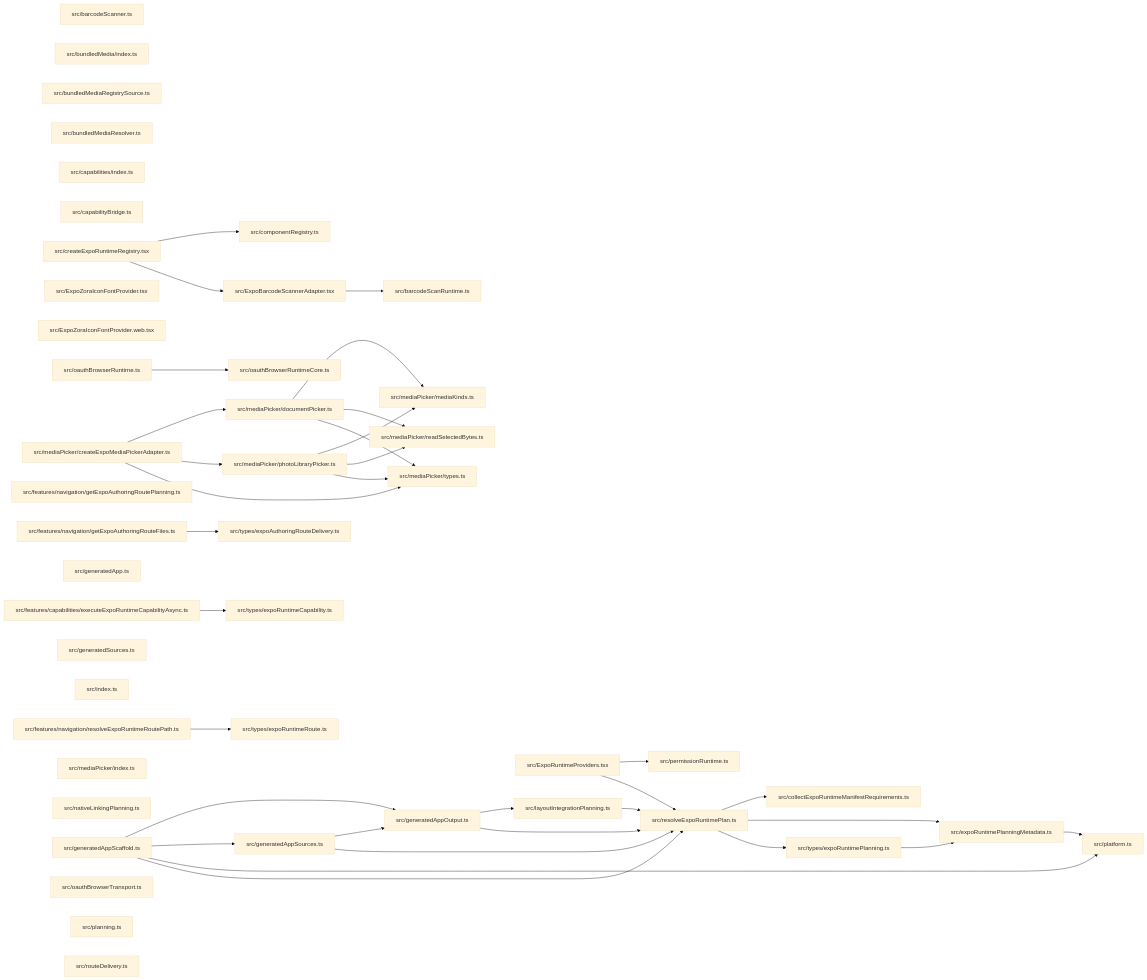
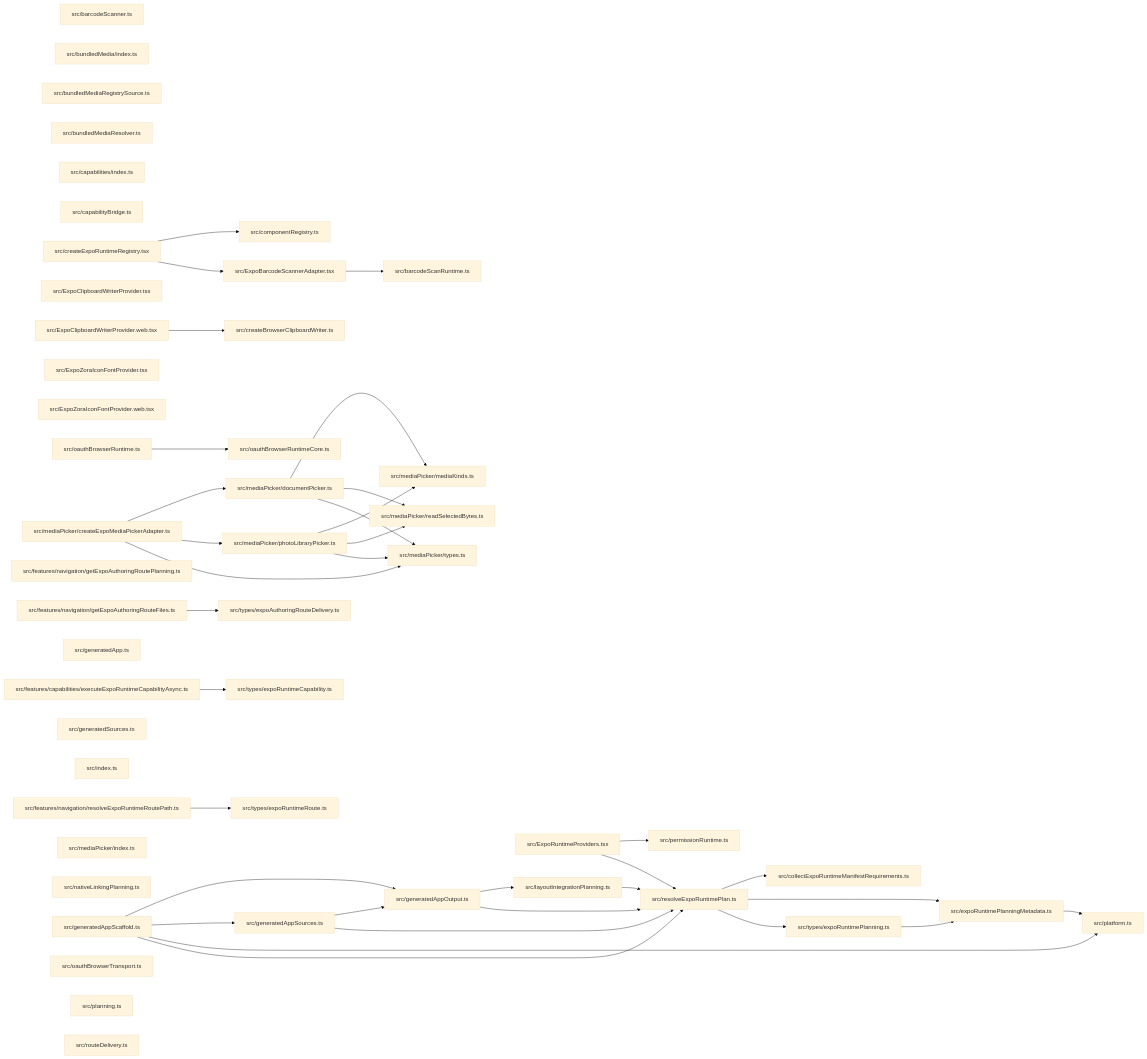
The diagram in paradox/diagrams/module-relationships.mmd (ankhorage/expo-runtime), drawn with Mermaid (base theme) before and after one commit. The commit also changed 13 other files, not shown here.

```diff
--- a/paradox/diagrams/module-relationships.mmd
+++ b/paradox/diagrams/module-relationships.mmd
@@ -1,79 +1,83 @@
 graph LR
   module_src_barcodeScanner_ts["src/barcodeScanner.ts"]
   module_src_barcodeScanRuntime_ts["src/barcodeScanRuntime.ts"]
   module_src_bundledMedia_index_ts["src/bundledMedia/index.ts"]
   module_src_bundledMediaRegistrySource_ts["src/bundledMediaRegistrySource.ts"]
   module_src_bundledMediaResolver_ts["src/bundledMediaResolver.ts"]
   module_src_capabilities_index_ts["src/capabilities/index.ts"]
   module_src_capabilityBridge_ts["src/capabilityBridge.ts"]
   module_src_collectExpoRuntimeManifestRequirements_ts["src/collectExpoRuntimeManifestRequirements.ts"]
   module_src_componentRegistry_ts["src/componentRegistry.ts"]
+  module_src_createBrowserClipboardWriter_ts["src/createBrowserClipboardWriter.ts"]
   module_src_createExpoRuntimeRegistry_tsx["src/createExpoRuntimeRegistry.tsx"]
   module_src_ExpoBarcodeScannerAdapter_tsx["src/ExpoBarcodeScannerAdapter.tsx"]
+  module_src_ExpoClipboardWriterProvider_tsx["src/ExpoClipboardWriterProvider.tsx"]
+  module_src_ExpoClipboardWriterProvider_web_tsx["src/ExpoClipboardWriterProvider.web.tsx"]
   module_src_expoRuntimePlanningMetadata_ts["src/expoRuntimePlanningMetadata.ts"]
   module_src_ExpoRuntimeProviders_tsx["src/ExpoRuntimeProviders.tsx"]
   module_src_ExpoZoraIconFontProvider_tsx["src/ExpoZoraIconFontProvider.tsx"]
   module_src_ExpoZoraIconFontProvider_web_tsx["src/ExpoZoraIconFontProvider.web.tsx"]
   module_src_features_capabilities_executeExpoRuntimeCapabilityAsync_ts["src/features/capabilities/executeExpoRuntimeCapabilityAsync.ts"]
   module_src_features_navigation_getExpoAuthoringRouteFiles_ts["src/features/navigation/getExpoAuthoringRouteFiles.ts"]
   module_src_features_navigation_getExpoAuthoringRoutePlanning_ts["src/features/navigation/getExpoAuthoringRoutePlanning.ts"]
   module_src_features_navigation_resolveExpoRuntimeRoutePath_ts["src/features/navigation/resolveExpoRuntimeRoutePath.ts"]
   module_src_generatedApp_ts["src/generatedApp.ts"]
   module_src_generatedAppOutput_ts["src/generatedAppOutput.ts"]
   module_src_generatedAppScaffold_ts["src/generatedAppScaffold.ts"]
   module_src_generatedAppSources_ts["src/generatedAppSources.ts"]
   module_src_generatedSources_ts["src/generatedSources.ts"]
   module_src_index_ts["src/index.ts"]
   module_src_layoutIntegrationPlanning_ts["src/layoutIntegrationPlanning.ts"]
   module_src_mediaPicker_createExpoMediaPickerAdapter_ts["src/mediaPicker/createExpoMediaPickerAdapter.ts"]
   module_src_mediaPicker_documentPicker_ts["src/mediaPicker/documentPicker.ts"]
   module_src_mediaPicker_index_ts["src/mediaPicker/index.ts"]
   module_src_mediaPicker_mediaKinds_ts["src/mediaPicker/mediaKinds.ts"]
   module_src_mediaPicker_photoLibraryPicker_ts["src/mediaPicker/photoLibraryPicker.ts"]
   module_src_mediaPicker_readSelectedBytes_ts["src/mediaPicker/readSelectedBytes.ts"]
   module_src_mediaPicker_types_ts["src/mediaPicker/types.ts"]
   module_src_nativeLinkingPlanning_ts["src/nativeLinkingPlanning.ts"]
   module_src_oauthBrowserRuntime_ts["src/oauthBrowserRuntime.ts"]
   module_src_oauthBrowserRuntimeCore_ts["src/oauthBrowserRuntimeCore.ts"]
   module_src_oauthBrowserTransport_ts["src/oauthBrowserTransport.ts"]
   module_src_permissionRuntime_ts["src/permissionRuntime.ts"]
   module_src_planning_ts["src/planning.ts"]
   module_src_platform_ts["src/platform.ts"]
   module_src_resolveExpoRuntimePlan_ts["src/resolveExpoRuntimePlan.ts"]
   module_src_routeDelivery_ts["src/routeDelivery.ts"]
   module_src_types_expoAuthoringRouteDelivery_ts["src/types/expoAuthoringRouteDelivery.ts"]
   module_src_types_expoRuntimeCapability_ts["src/types/expoRuntimeCapability.ts"]
   module_src_types_expoRuntimePlanning_ts["src/types/expoRuntimePlanning.ts"]
   module_src_types_expoRuntimeRoute_ts["src/types/expoRuntimeRoute.ts"]
   module_src_createExpoRuntimeRegistry_tsx --> module_src_componentRegistry_ts
   module_src_createExpoRuntimeRegistry_tsx --> module_src_ExpoBarcodeScannerAdapter_tsx
   module_src_ExpoBarcodeScannerAdapter_tsx --> module_src_barcodeScanRuntime_ts
+  module_src_ExpoClipboardWriterProvider_web_tsx --> module_src_createBrowserClipboardWriter_ts
   module_src_expoRuntimePlanningMetadata_ts --> module_src_platform_ts
   module_src_ExpoRuntimeProviders_tsx --> module_src_permissionRuntime_ts
   module_src_ExpoRuntimeProviders_tsx --> module_src_resolveExpoRuntimePlan_ts
   module_src_features_capabilities_executeExpoRuntimeCapabilityAsync_ts --> module_src_types_expoRuntimeCapability_ts
   module_src_features_navigation_getExpoAuthoringRouteFiles_ts --> module_src_types_expoAuthoringRouteDelivery_ts
   module_src_features_navigation_resolveExpoRuntimeRoutePath_ts --> module_src_types_expoRuntimeRoute_ts
   module_src_generatedAppOutput_ts --> module_src_layoutIntegrationPlanning_ts
   module_src_generatedAppOutput_ts --> module_src_resolveExpoRuntimePlan_ts
   module_src_generatedAppScaffold_ts --> module_src_generatedAppOutput_ts
   module_src_generatedAppScaffold_ts --> module_src_generatedAppSources_ts
   module_src_generatedAppScaffold_ts --> module_src_platform_ts
   module_src_generatedAppScaffold_ts --> module_src_resolveExpoRuntimePlan_ts
   module_src_generatedAppSources_ts --> module_src_generatedAppOutput_ts
   module_src_generatedAppSources_ts --> module_src_resolveExpoRuntimePlan_ts
   module_src_layoutIntegrationPlanning_ts --> module_src_resolveExpoRuntimePlan_ts
   module_src_mediaPicker_createExpoMediaPickerAdapter_ts --> module_src_mediaPicker_documentPicker_ts
   module_src_mediaPicker_createExpoMediaPickerAdapter_ts --> module_src_mediaPicker_photoLibraryPicker_ts
   module_src_mediaPicker_createExpoMediaPickerAdapter_ts --> module_src_mediaPicker_types_ts
   module_src_mediaPicker_documentPicker_ts --> module_src_mediaPicker_mediaKinds_ts
   module_src_mediaPicker_documentPicker_ts --> module_src_mediaPicker_readSelectedBytes_ts
   module_src_mediaPicker_documentPicker_ts --> module_src_mediaPicker_types_ts
   module_src_mediaPicker_photoLibraryPicker_ts --> module_src_mediaPicker_mediaKinds_ts
   module_src_mediaPicker_photoLibraryPicker_ts --> module_src_mediaPicker_readSelectedBytes_ts
   module_src_mediaPicker_photoLibraryPicker_ts --> module_src_mediaPicker_types_ts
   module_src_oauthBrowserRuntime_ts --> module_src_oauthBrowserRuntimeCore_ts
   module_src_resolveExpoRuntimePlan_ts --> module_src_collectExpoRuntimeManifestRequirements_ts
   module_src_resolveExpoRuntimePlan_ts --> module_src_expoRuntimePlanningMetadata_ts
   module_src_resolveExpoRuntimePlan_ts --> module_src_types_expoRuntimePlanning_ts
   module_src_types_expoRuntimePlanning_ts --> module_src_expoRuntimePlanningMetadata_ts
```
